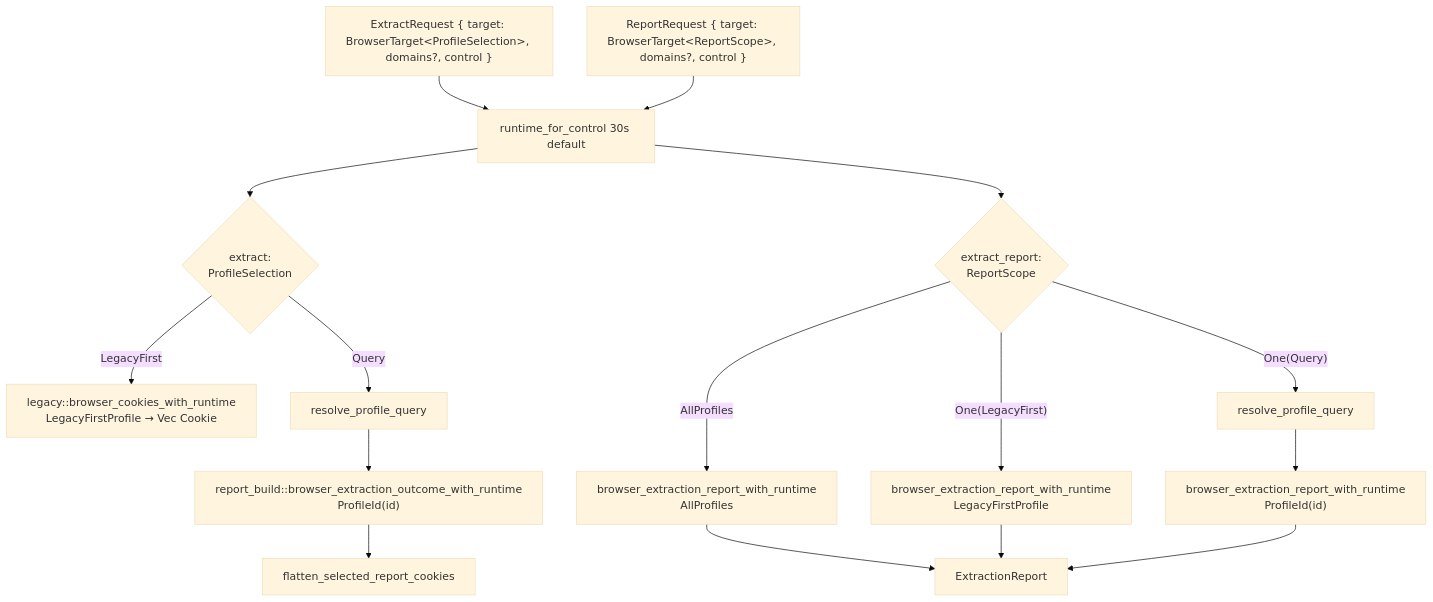
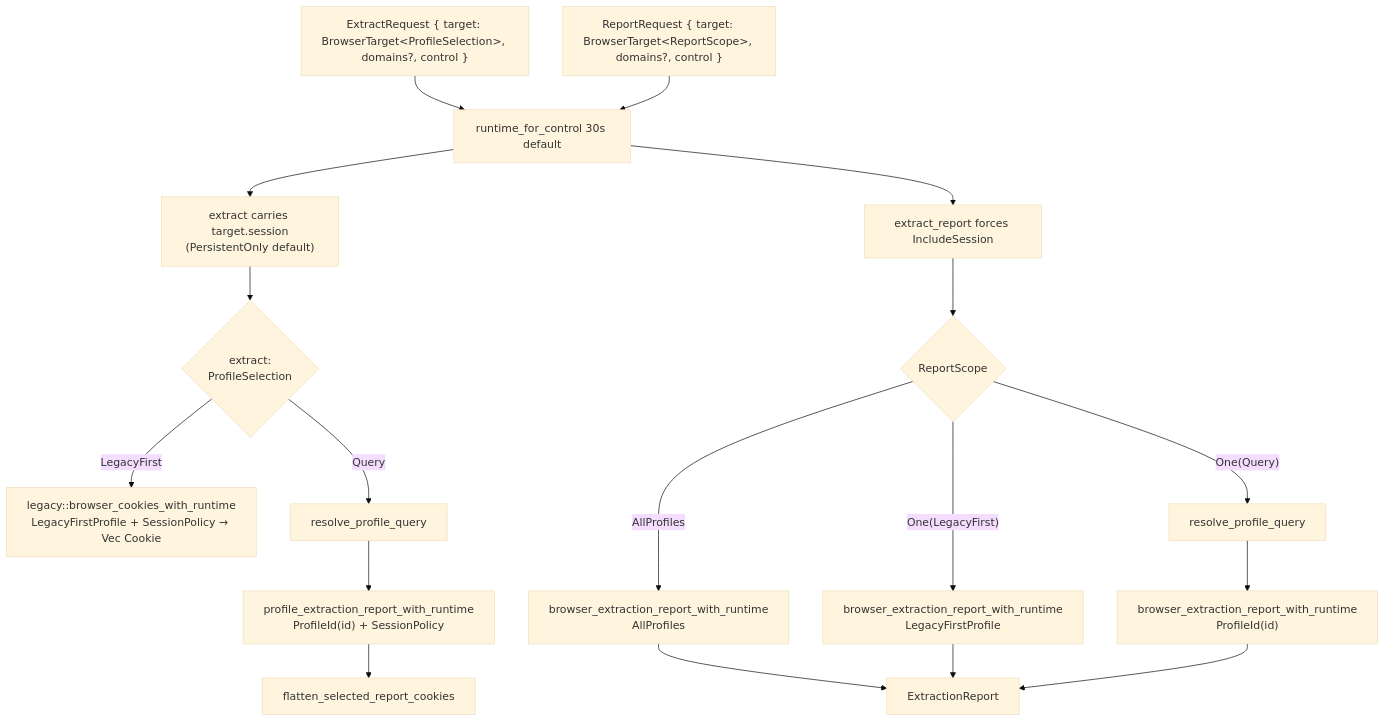
One commit to teng-lin/rookie changed diagram 11 of 16 in docs/architecture.md. Above: the diagram before and after it, drawn with Mermaid (base theme). The commit also changed other lines of this file and 24 other files, not shown here.

Commit message:
docs: refresh architecture after projection job cleanup

````diff
--- a/docs/architecture.md
+++ b/docs/architecture.md
@@ -1193,21 +1260,23 @@
 ```mermaid
 flowchart TD
   EREQ["ExtractRequest { target: BrowserTarget&lt;ProfileSelection&gt;, domains?, control }"]
   RREQ["ReportRequest { target: BrowserTarget&lt;ReportScope&gt;, domains?, control }"]
   RT["runtime_for_control 30s default"]
   EREQ --> RT
   RREQ --> RT
-  RT --> P{"extract:<br/>ProfileSelection"}
-  P -->|LegacyFirst| LEG["legacy::browser_cookies_with_runtime<br/>LegacyFirstProfile → Vec Cookie"]
+  RT --> EP["extract carries target.session<br/>(PersistentOnly default)"]
+  EP --> P{"extract:<br/>ProfileSelection"}
+  P -->|LegacyFirst| LEG["legacy::browser_cookies_with_runtime<br/>LegacyFirstProfile + SessionPolicy → Vec Cookie"]
   P -->|Query| PQ["resolve_profile_query"]
-  PQ --> BR["report_build::browser_extraction_outcome_with_runtime<br/>ProfileId(id)"]
+  PQ --> BR["profile_extraction_report_with_runtime<br/>ProfileId(id) + SessionPolicy"]
   BR --> FLAT["flatten_selected_report_cookies"]
-  RT --> S{"extract_report:<br/>ReportScope"}
+  RT --> RP["extract_report forces IncludeSession"]
+  RP --> S{"ReportScope"}
   S -->|AllProfiles| BR2["browser_extraction_report_with_runtime<br/>AllProfiles"]
   S -->|"One(LegacyFirst)"| BR2L["browser_extraction_report_with_runtime<br/>LegacyFirstProfile"]
   S -->|"One(Query)"| PQ2["resolve_profile_query"]
   PQ2 --> BR2Q["browser_extraction_report_with_runtime<br/>ProfileId(id)"]
   BR2 --> REP["ExtractionReport"]
   BR2L --> REP
   BR2Q --> REP
 ```
````
